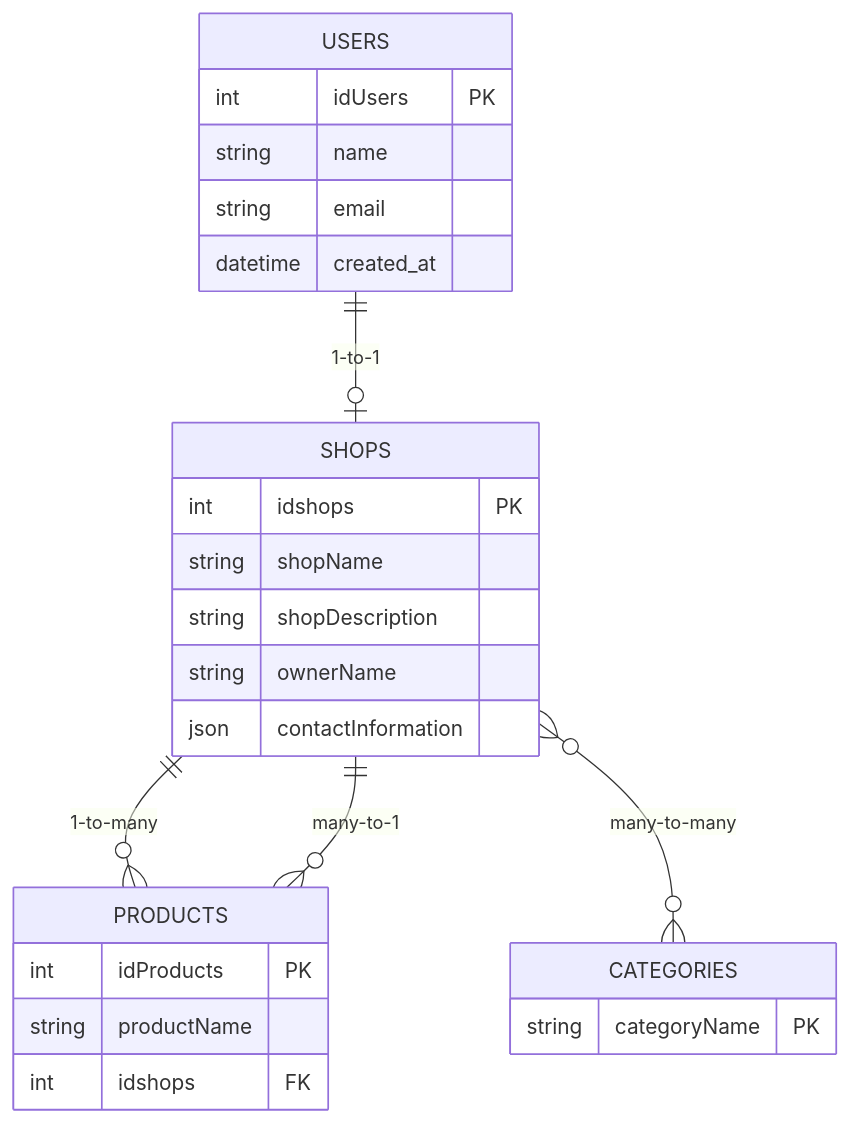
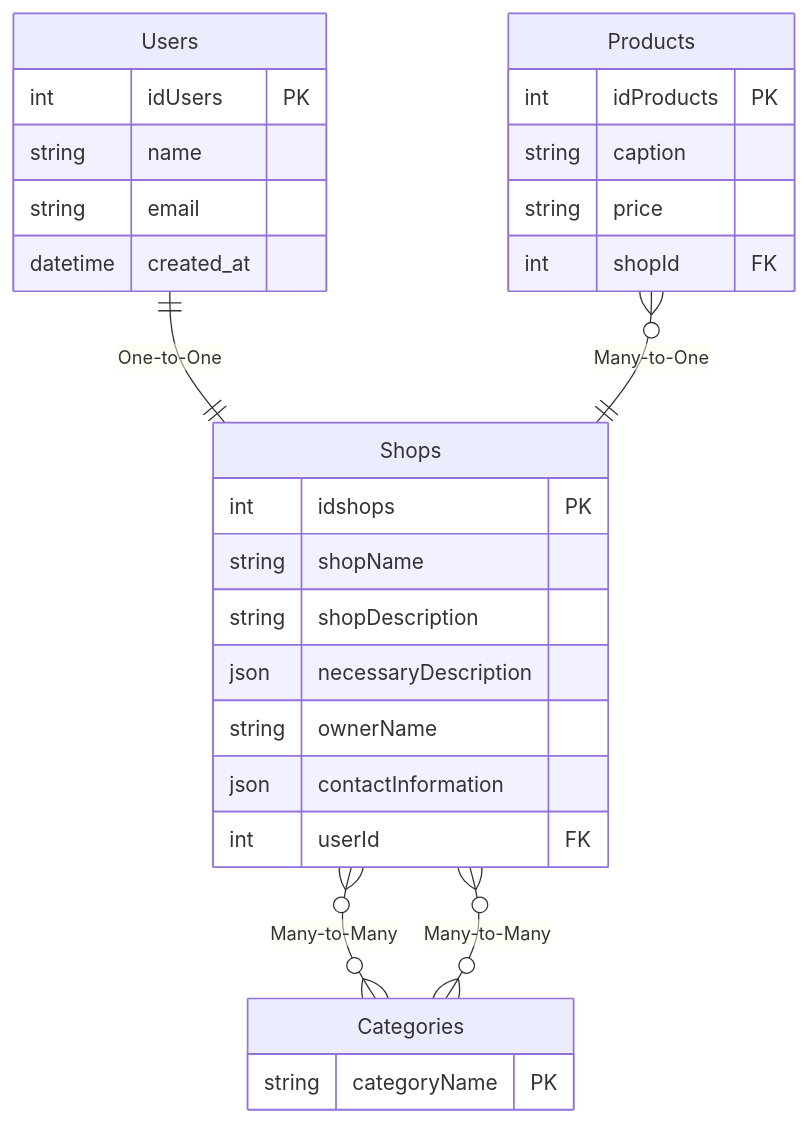
One commit to aiillssa/Husky-Hustler-Backend changed the diagram in architecture/db.mmd. Above: the diagram before and after it, drawn with Mermaid.

Commit message:
architecture updated

```diff
--- a/architecture/db.mmd
+++ b/architecture/db.mmd
@@ -1,30 +1,33 @@
 erDiagram
-    USERS {
+    Users {
         int idUsers PK
         string name
         string email
         datetime created_at
     }
 
-    SHOPS {
+    Shops {
         int idshops PK
         string shopName
         string shopDescription
+        json necessaryDescription
         string ownerName
         json contactInformation
+        int userId FK
     }
 
-    CATEGORIES {
+    Products {
+        int idProducts PK
+        string caption
+        string price
+        int shopId FK
+    }
+
+    Categories {
         string categoryName PK
     }
 
-    PRODUCTS {
-        int idProducts PK
-        string productName
-        int idshops FK
-    }
-
-    USERS ||--o| SHOPS : "1-to-1"
-    SHOPS ||--o{ PRODUCTS : "1-to-many"
-    SHOPS }o--o{ CATEGORIES : "many-to-many"
-    PRODUCTS }o--|| SHOPS : "many-to-1"
+    Users ||--|| Shops : "One-to-One"
+    Products }o--|| Shops : "Many-to-One"
+    Shops }o--o{ Categories : "Many-to-Many"
+    Categories }o--o{ Shops : "Many-to-Many"
```
